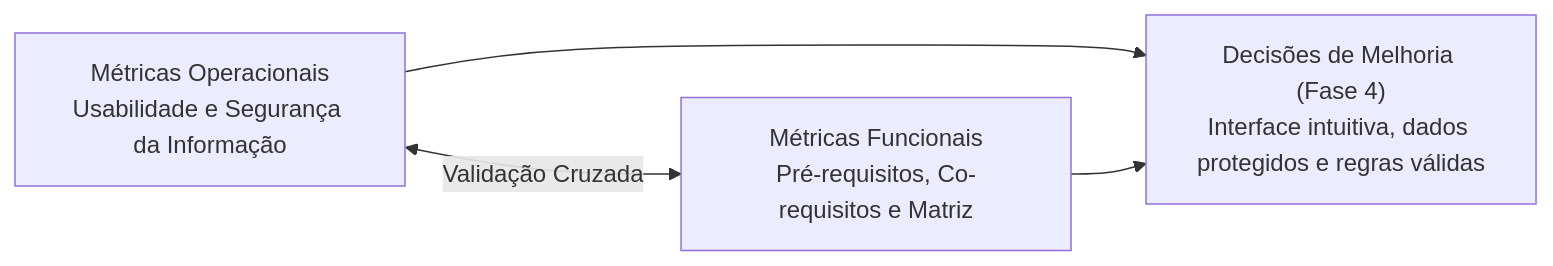
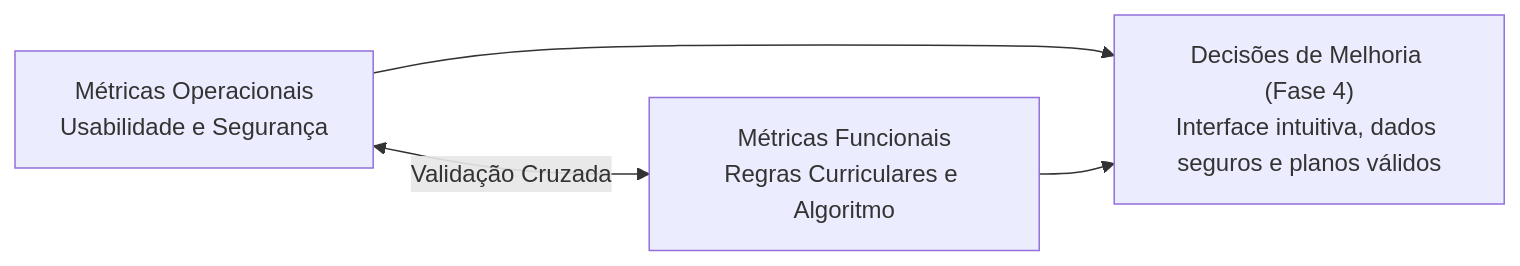
One commit to FCTE-Qualidade-de-Software-1/2026-2_T02_JEAN_SAMMET changed the second of 2 diagrams in docs/fases/fase2/operacionais/visaoGeral.md. Above: the diagram before and after it, drawn with Mermaid. The commit also changed other lines of this file and 4 other files, not shown here.

````diff
--- a/docs/fases/fase2/operacionais/visaoGeral.md
+++ b/docs/fases/fase2/operacionais/visaoGeral.md
@@ -89,6 +90,6 @@
 ```mermaid
 graph LR
-    OP["Métricas Operacionais<br/>Usabilidade e Segurança da Informação"] <-->|"Validação Cruzada"| FN["Métricas Funcionais<br/>Pré-requisitos, Co-requisitos e Matriz"]
-    OP --> DEC["Decisões de Melhoria (Fase 4)<br/>Interface intuitiva, dados protegidos e regras válidas"]
+    OP["Métricas Operacionais<br/>Usabilidade e Segurança"] <-->|"Validação Cruzada"| FN["Métricas Funcionais<br/>Regras Curriculares e Algoritmo"]
+    OP --> DEC["Decisões de Melhoria (Fase 4)<br/>Interface intuitiva, dados seguros e planos válidos"]
     FN --> DEC
 ```
````
